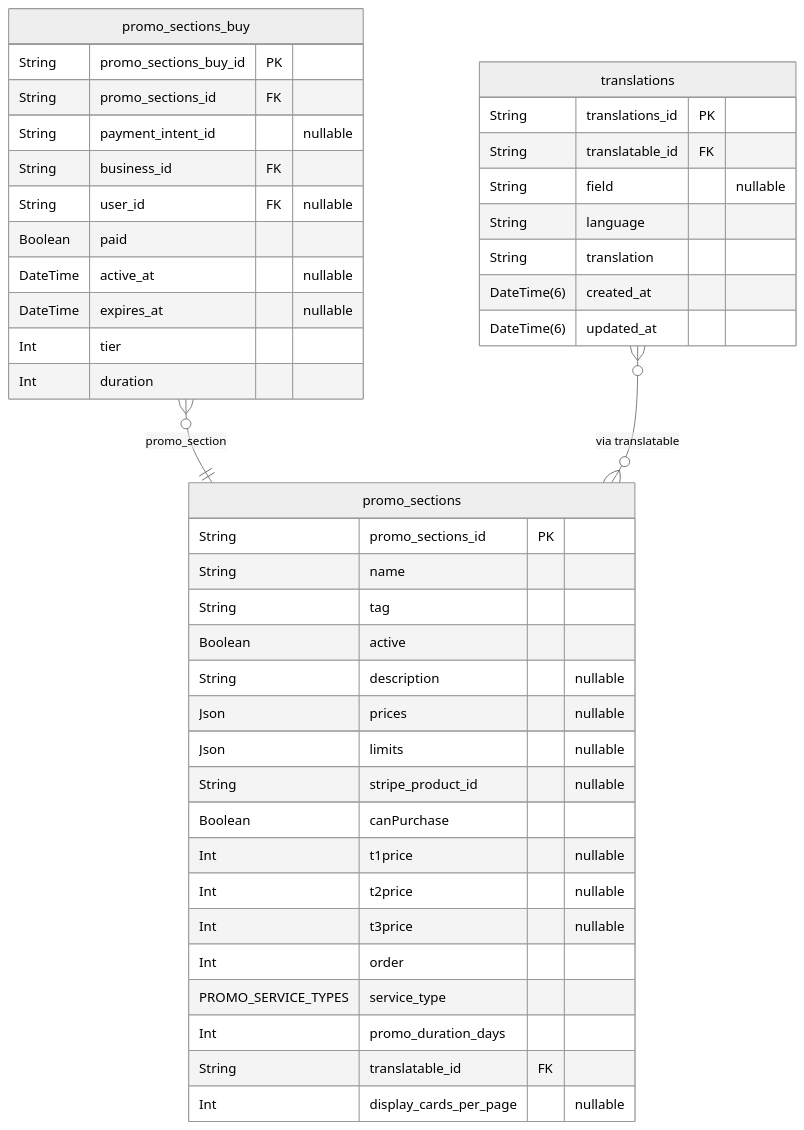
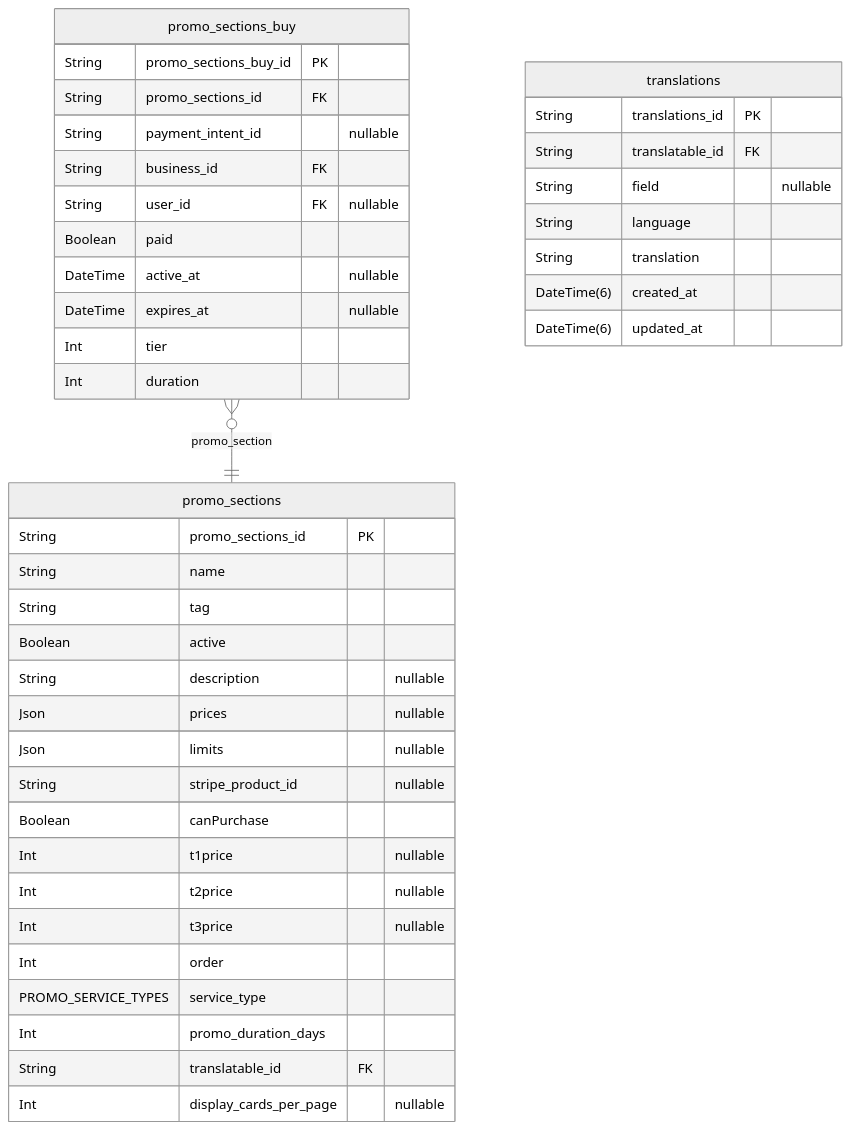
Diagram 13 of 40 in prisma/schemas/ERD.md (pbozic/be-analyisis), drawn with Mermaid (neutral theme) before and after one commit. The commit also changed other lines of this file and 18 other files, not shown here.

````diff
--- a/prisma/schemas/ERD.md
+++ b/prisma/schemas/ERD.md
@@ -2391,45 +2384,44 @@
 ```mermaid
 erDiagram
 "promo_sections" {
   String promo_sections_id PK
   String name
   String tag
   Boolean active
   String description "nullable"
   Json prices "nullable"
   Json limits "nullable"
   String stripe_product_id "nullable"
   Boolean canPurchase
   Int t1price "nullable"
   Int t2price "nullable"
   Int t3price "nullable"
   Int order
   PROMO_SERVICE_TYPES service_type
   Int promo_duration_days
   String translatable_id FK
   Int display_cards_per_page "nullable"
 }
 "promo_sections_buy" {
   String promo_sections_buy_id PK
   String promo_sections_id FK
   String payment_intent_id "nullable"
   String business_id FK
   String user_id FK "nullable"
   Boolean paid
   DateTime active_at "nullable"
   DateTime expires_at "nullable"
   Int tier
   Int duration
 }
 "translations" {
   String translations_id PK
   String translatable_id FK
   String field "nullable"
   String language
   String translation
   DateTime(6) created_at
   DateTime(6) updated_at
 }
 "promo_sections_buy" }o--|| "promo_sections" : promo_section
-"translations" }o--o{ "promo_sections" : "via translatable"
 ```
````
